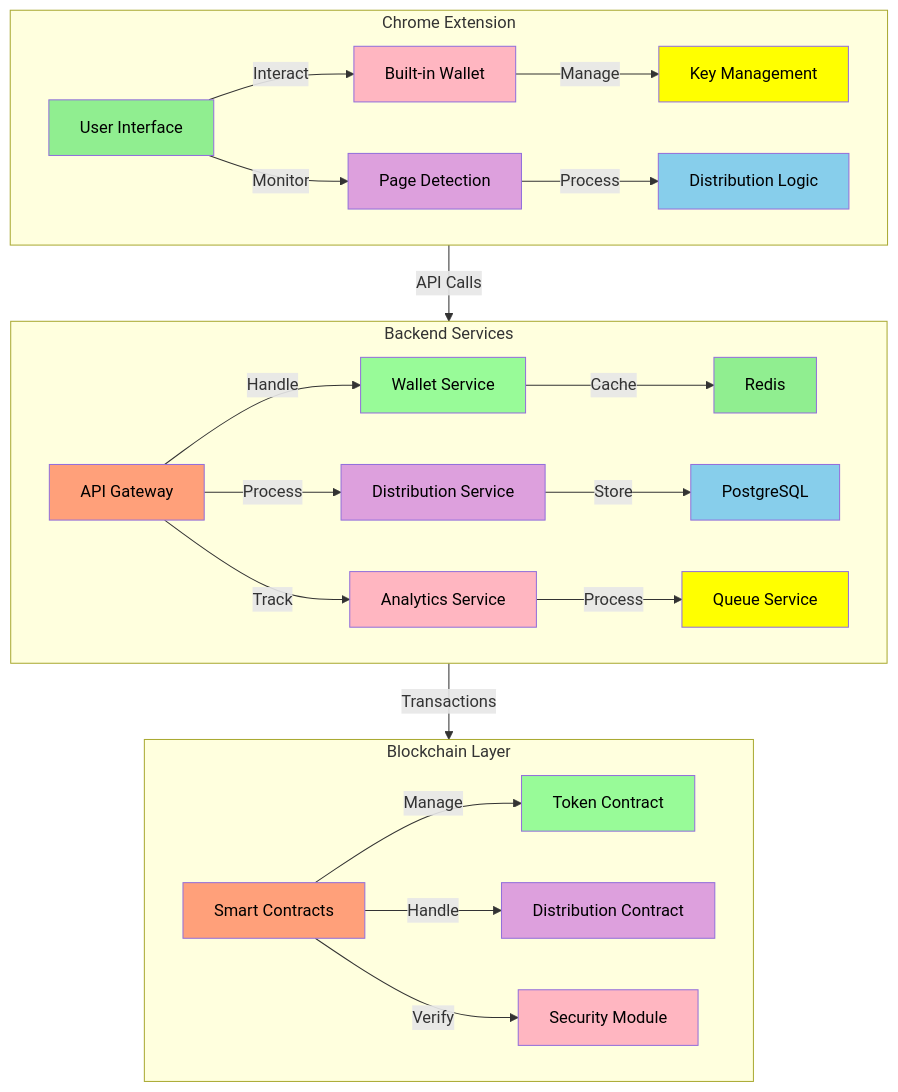
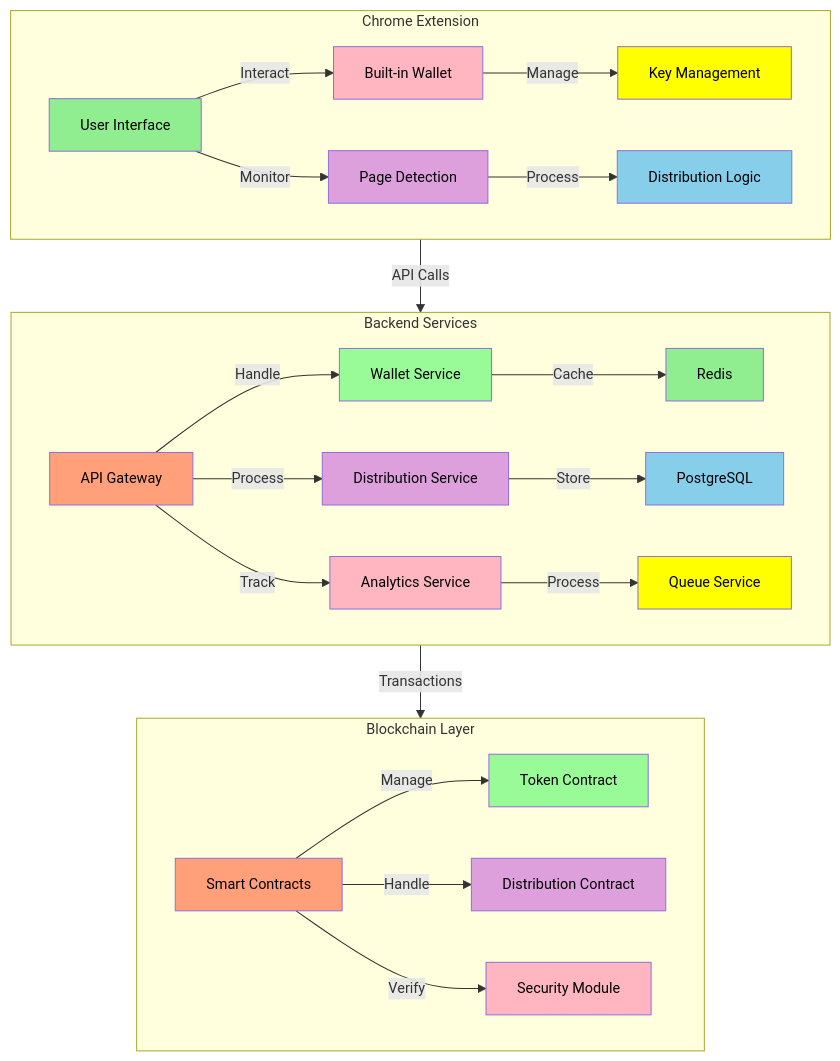
One commit to MEMEFANS/memefans changed the first of 3 diagrams in docs/whitepaper/technical-architecture.md. Above: the diagram before and after it, drawn with Mermaid. The commit also changed other lines of this file and 1 other file, not shown here.

Commit message:
style: optimize diagram display for PC and add mermaid configurations

````diff
--- a/docs/whitepaper/technical-architecture.md
+++ b/docs/whitepaper/technical-architecture.md
@@ -7,44 +7,60 @@
 ```mermaid
+%%{
+  init: {
+    'theme': 'default',
+    'themeVariables': { 
+      'fontSize': '14px',
+      'fontFamily': 'arial',
+      'nodeSpacing': 50,
+      'rankSpacing': 50
+    },
+    'flowchart': {
+      'diagramPadding': 20,
+      'htmlLabels': true,
+      'curve': 'basis'
+    }
+  }
+}%%
 graph TD
     subgraph Frontend [Chrome Extension]
         A[User Interface] -->|Interact| B[Built-in Wallet]
         A -->|Monitor| C[Page Detection]
         B -->|Manage| D[Key Management]
         C -->|Process| E[Distribution Logic]
     end
     
     subgraph Backend [Backend Services]
         F[API Gateway] -->|Handle| G[Wallet Service]
         F -->|Process| H[Distribution Service]
         F -->|Track| I[Analytics Service]
         G -->|Cache| J[Redis]
         H -->|Store| K[PostgreSQL]
         I -->|Process| L[Queue Service]
     end
     
     subgraph Blockchain [Blockchain Layer]
         M[Smart Contracts] -->|Manage| N[Token Contract]
         M -->|Handle| O[Distribution Contract]
         M -->|Verify| P[Security Module]
     end
     
     Frontend -->|API Calls| Backend
     Backend -->|Transactions| Blockchain
     
     style A fill:#90EE90,color:#000000
     style B fill:#FFB6C1,color:#000000
     style C fill:#DDA0DD,color:#000000
     style D fill:#FFFF00,color:#000000
     style E fill:#87CEEB,color:#000000
     style F fill:#FFA07A,color:#000000
     style G fill:#98FB98,color:#000000
     style H fill:#DDA0DD,color:#000000
     style I fill:#FFB6C1,color:#000000
     style J fill:#90EE90,color:#000000
     style K fill:#87CEEB,color:#000000
     style L fill:#FFFF00,color:#000000
     style M fill:#FFA07A,color:#000000
     style N fill:#98FB98,color:#000000
     style O fill:#DDA0DD,color:#000000
     style P fill:#FFB6C1,color:#000000
 ```
````
